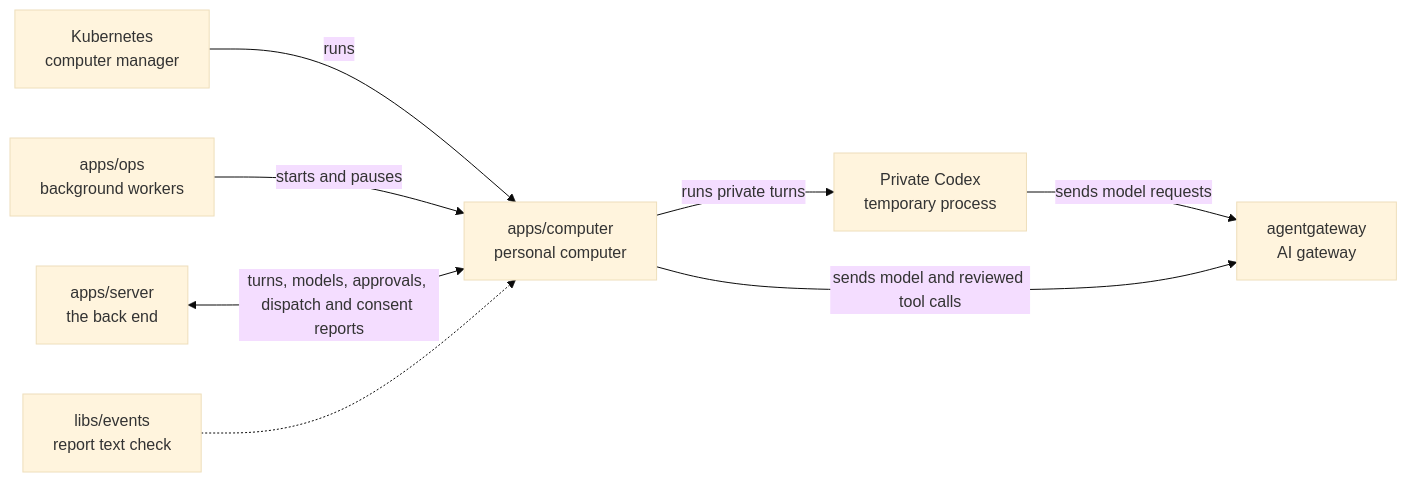
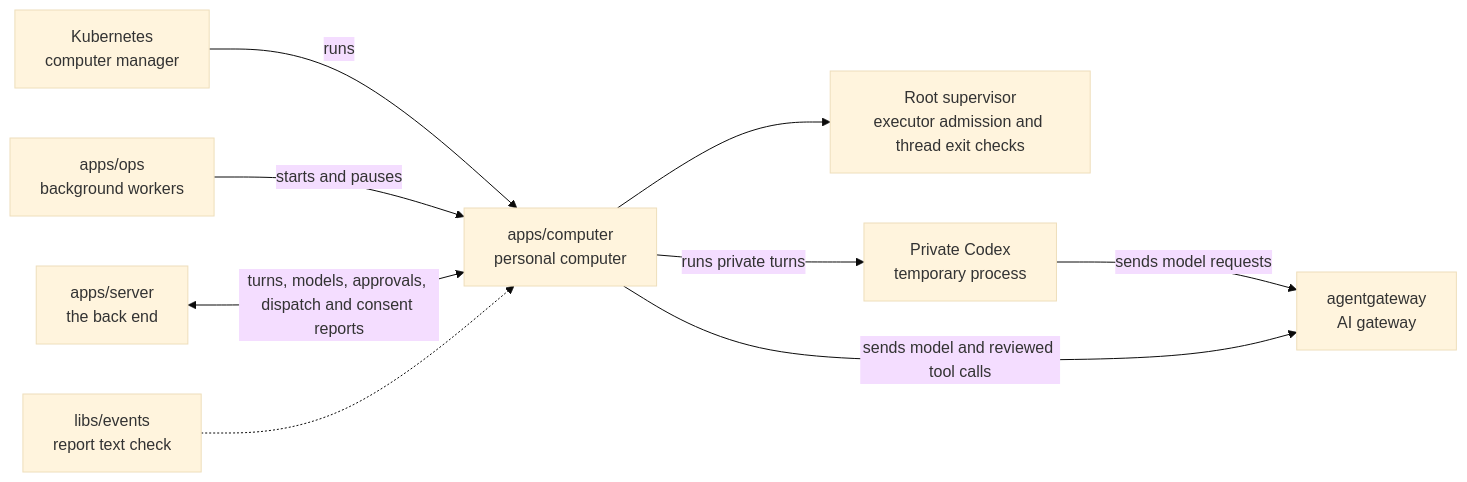
Before and after one commit to elewa-git/opencrane-new: the diagram in apps/computer/README.md, drawn with Mermaid (base theme). The commit also changed other lines of this file and 8 other files, not shown here.

First line of the commit message:
🛑 A root-only supervisor can stop a computer’s running programs, and control stays off (#361)

````diff
--- a/apps/computer/README.md
+++ b/apps/computer/README.md
@@ -15,10 +15,11 @@
 ```mermaid
 flowchart LR
   kube["Kubernetes<br/>computer manager"] -->|runs| computer["apps/computer<br/>personal computer"]
   ops["apps/ops<br/>background workers"] -->|starts and pauses| computer
   server["apps/server<br/>the back end"] <-->|turns, models, approvals, dispatch and consent reports| computer
   events["libs/events<br/>report text check"] -.-> computer
+  computer --> supervisor["Root supervisor<br/>executor admission and thread exit checks"]
   computer -->|runs private turns| private["Private Codex<br/>temporary process"]
   private -->|sends model requests| gateway
   computer -->|sends model and reviewed tool calls| gateway["agentgateway<br/>AI gateway"]
 ```
````
